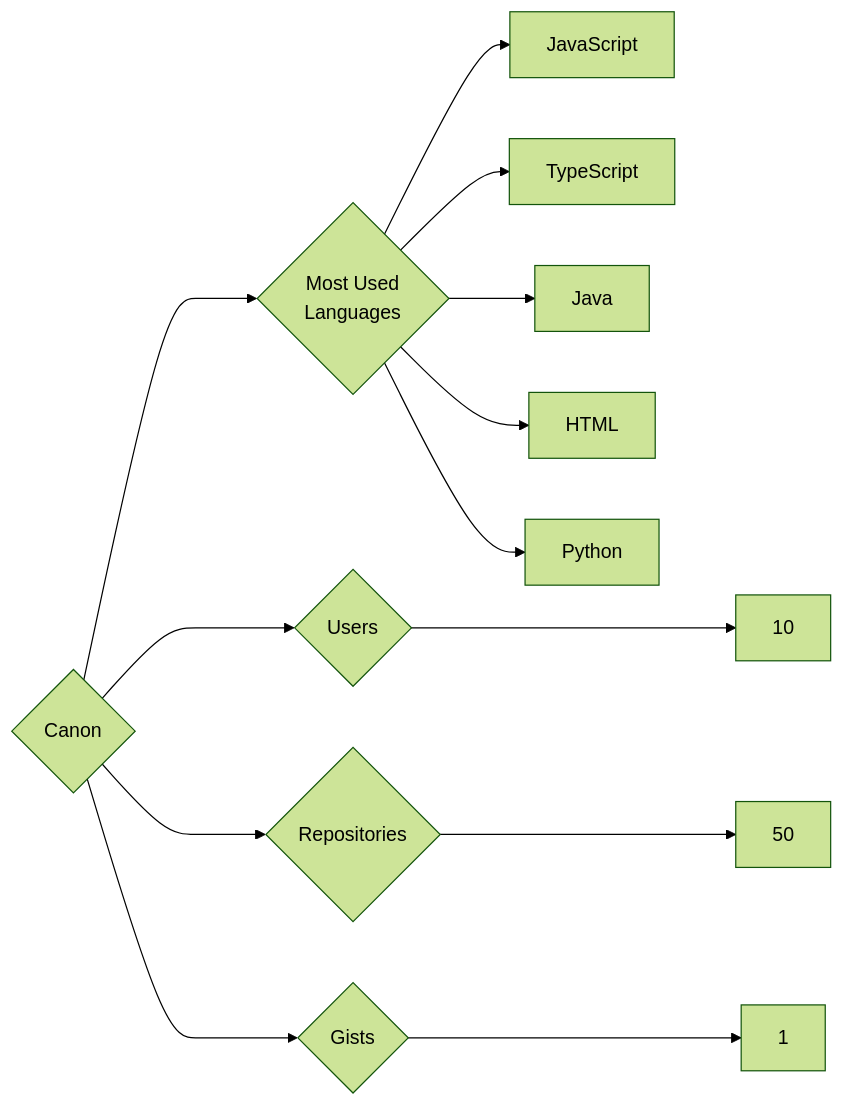
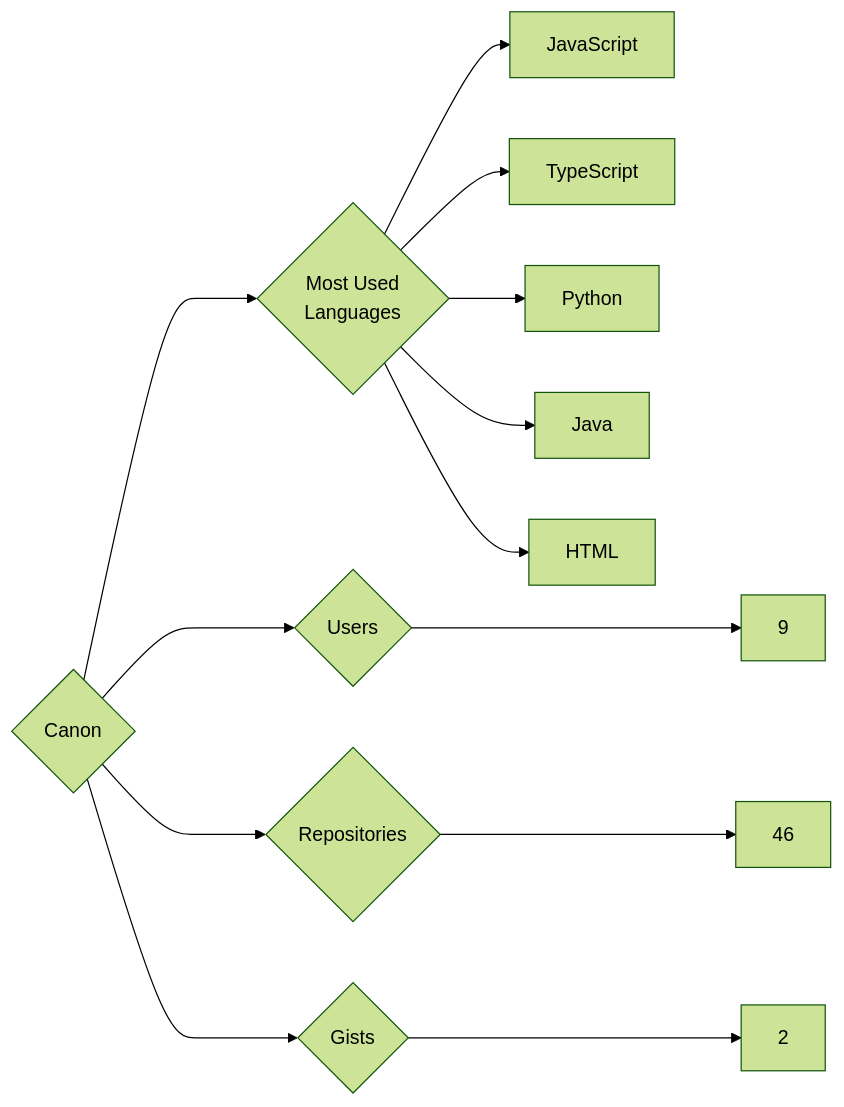
The diagram in targets/Canon/README.md (trickest/insiders), drawn with Mermaid (forest theme) before and after one commit. The commit also changed 681 other files, not shown here.

````diff
--- a/targets/Canon/README.md
+++ b/targets/Canon/README.md
@@ -3,13 +3,13 @@
 ```mermaid
 graph LR
 COMPANY_NAME{Canon}
-COMPANY_NAME ---> U{Users} ---> UN[10]
-COMPANY_NAME ---> R{Repositories} ---> RN[50]
-COMPANY_NAME ---> G{Gists} ---> GN[1]
+COMPANY_NAME ---> U{Users} ---> UN[9]
+COMPANY_NAME ---> R{Repositories} ---> RN[46]
+COMPANY_NAME ---> G{Gists} ---> GN[2]
 COMPANY_NAME ---> ML{Most Used<br>Languages}
 ML --> JavaScript[JavaScript]
 ML --> TypeScript[TypeScript]
+ML --> Python[Python]
 ML --> Java[Java]
 ML --> HTML[HTML]
-ML --> Python[Python]
 ```
````
